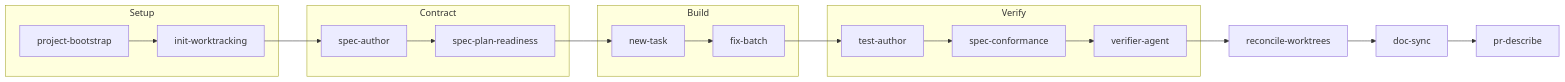
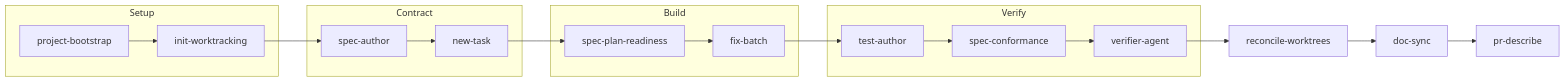
One commit to hams-ollo/zen-agent-skills changed the diagram in README.md. Above: the diagram before and after it, drawn with Mermaid. The commit also changed other lines of this file and 15 other files, not shown here.

````diff
--- a/README.md
+++ b/README.md
@@ -54,22 +54,22 @@
 ```mermaid
 flowchart LR
   subgraph Setup
     A[project-bootstrap] --> B[init-worktracking]
   end
   subgraph Contract
-    C[spec-author] --> D[spec-plan-readiness]
+    C[spec-author] --> E[new-task]
   end
   subgraph Build
-    E[new-task] --> F[fix-batch]
+    D[spec-plan-readiness] --> F[fix-batch]
   end
   subgraph Verify
     G[test-author] --> H[spec-conformance]
     H --> I[verifier-agent]
   end
   B --> C
-  D --> E
+  E --> D
   F --> G
   I --> J[reconcile-worktrees]
   J --> L[doc-sync]
   L --> K[pr-describe]
 ```
````
